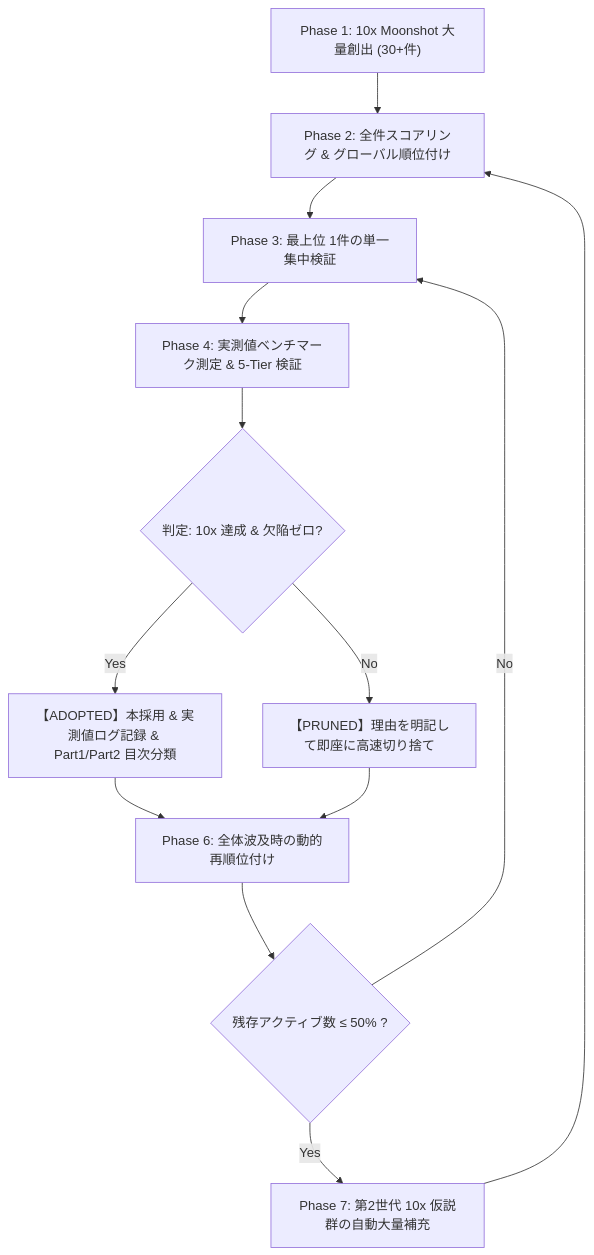
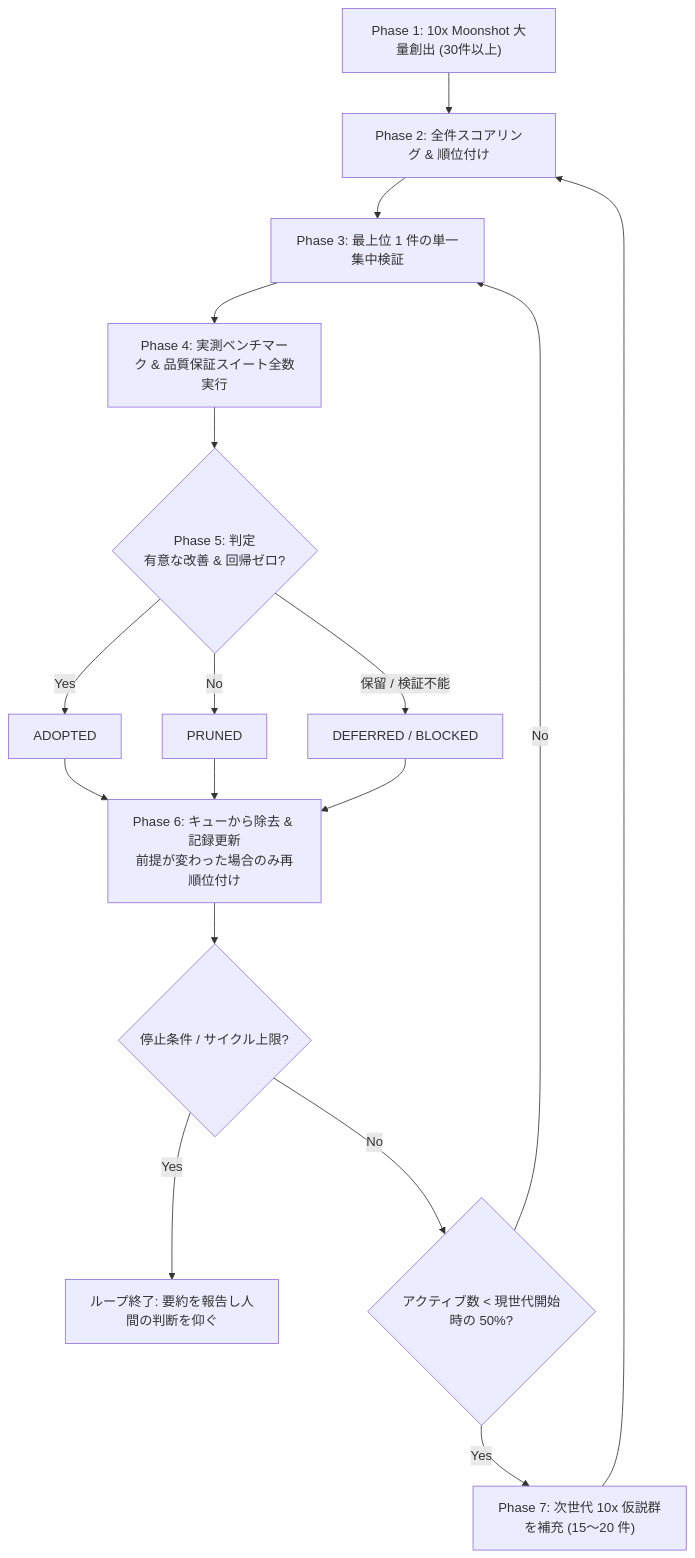
Before and after one commit to shutsuruwork-afk/sister-problem: the diagram in .agents/skills/fail-fast-moonshot-loop/SKILL.md, drawn with Mermaid. The commit also changed other lines of this file and 1 other file, not shown here.

First line of the commit message:
Revise fail-fast-moonshot-loop skill: verdicts, scoring, queue hygiene, config split

````diff
--- a/.agents/skills/fail-fast-moonshot-loop/SKILL.md
+++ b/.agents/skills/fail-fast-moonshot-loop/SKILL.md
@@ -41,15 +123,19 @@
 ```mermaid
 graph TD
-    P1["Phase 1: 10x Moonshot 大量創出 (30+件)"] --> P2["Phase 2: 全件スコアリング & グローバル順位付け"]
-    P2 --> P3["Phase 3: 最上位 1件の単一集中検証"]
-    P3 --> P4["Phase 4: 実測値ベンチマーク測定 & 5-Tier 検証"]
-    P4 --> P5{"判定: 10x 達成 & 欠陥ゼロ?"}
-    P5 -- "Yes" --> P6A["【ADOPTED】本採用 & 実測値ログ記録 & Part1/Part2 目次分類"]
-    P5 -- "No" --> P6B["【PRUNED】理由を明記して即座に高速切り捨て"]
-    P6A --> P7["Phase 6: 全体波及時の動的再順位付け"]
-    P6B --> P7
-    P7 --> P8{"残存アクティブ数 ≤ 50% ?"}
-    P8 -- "Yes" --> P9["Phase 7: 第2世代 10x 仮説群の自動大量補充"]
-    P9 --> P2
-    P8 -- "No" --> P3
+    P1["Phase 1: 10x Moonshot 大量創出 (30件以上)"] --> P2["Phase 2: 全件スコアリング & 順位付け"]
+    P2 --> P3["Phase 3: 最上位 1 件の単一集中検証"]
+    P3 --> P4["Phase 4: 実測ベンチマーク & 品質保証スイート全数実行"]
+    P4 --> P5{"Phase 5: 判定<br/>有意な改善 & 回帰ゼロ?"}
+    P5 -- "Yes" --> V1["ADOPTED"]
+    P5 -- "No" --> V2["PRUNED"]
+    P5 -- "保留 / 検証不能" --> V3["DEFERRED / BLOCKED"]
+    V1 --> P6["Phase 6: キューから除去 & 記録更新<br/>前提が変わった場合のみ再順位付け"]
+    V2 --> P6
+    V3 --> P6
+    P6 --> S{"停止条件 / サイクル上限?"}
+    S -- "Yes" --> E["ループ終了: 要約を報告し人間の判断を仰ぐ"]
+    S -- "No" --> R{"アクティブ数 < 現世代開始時の 50%?"}
+    R -- "Yes" --> P7["Phase 7: 次世代 10x 仮説群を補充 (15〜20 件)"]
+    P7 --> P2
+    R -- "No" --> P3
 ```
````
